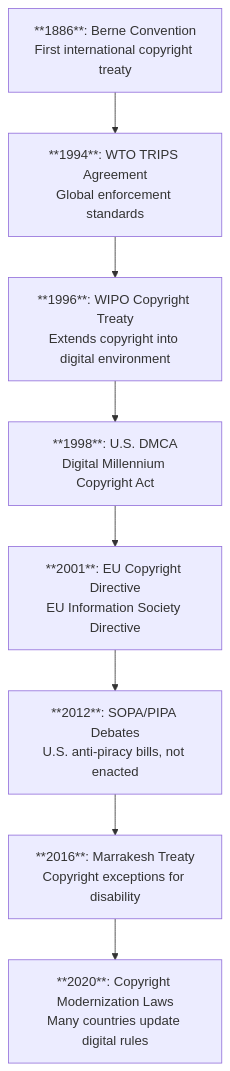
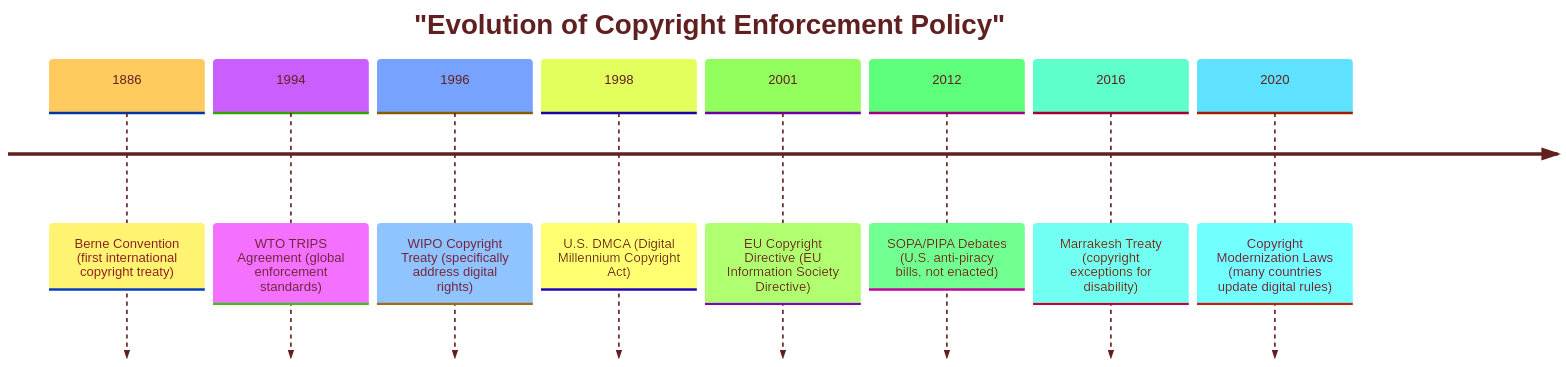
The diagram in legislation.qmd (AJBogo9/digital-ethics-project-piracy), drawn with Mermaid before and after one commit. The commit also changed other lines of this file and 1 other file, not shown here.

Commit message:
Update working directory changes

````diff
--- a/legislation.qmd
+++ b/legislation.qmd
@@ -18,11 +18,18 @@
 ```{mermaid}
-flowchart TD
-    A["**1886**: Berne Convention<br/>First international copyright treaty"] -->
-    B["**1994**: WTO TRIPS Agreement<br/>Global enforcement standards"] -->
-    C["**1996**: WIPO Copyright Treaty<br/>Extends copyright into digital environment"] -->
-    D["**1998**: U.S. DMCA<br/>Digital Millennium Copyright Act"] -->
-    E["**2001**: EU Copyright Directive<br/>EU Information Society Directive"] -->
-    F["**2012**: SOPA/PIPA Debates<br/>U.S. anti-piracy bills, not enacted"] -->
-    G["**2016**: Marrakesh Treaty<br/>Copyright exceptions for disability"] -->
-    H["**2020**: Copyright Modernization Laws<br/>Many countries update digital rules"]
-```
+---
+config:
+  theme: base
+  themeVariables:
+    primaryTextColor: 'rgb(97, 32, 32)'
+---
+timeline
+    title "Evolution of Copyright Enforcement Policy"
+    1886 : Berne Convention (first international copyright treaty)
+    1994 : WTO TRIPS Agreement (global enforcement standards)
+    1996 : WIPO Copyright Treaty (specifically address digital rights)
+    1998 : U.S. DMCA (Digital Millennium Copyright Act)
+    2001 : EU Copyright Directive (EU Information Society Directive)
+    2012 : SOPA/PIPA Debates (U.S. anti-piracy bills, not enacted)
+    2016 : Marrakesh Treaty (copyright exceptions for disability)
+    2020 : Copyright Modernization Laws (many countries update digital rules)
+```  
````
